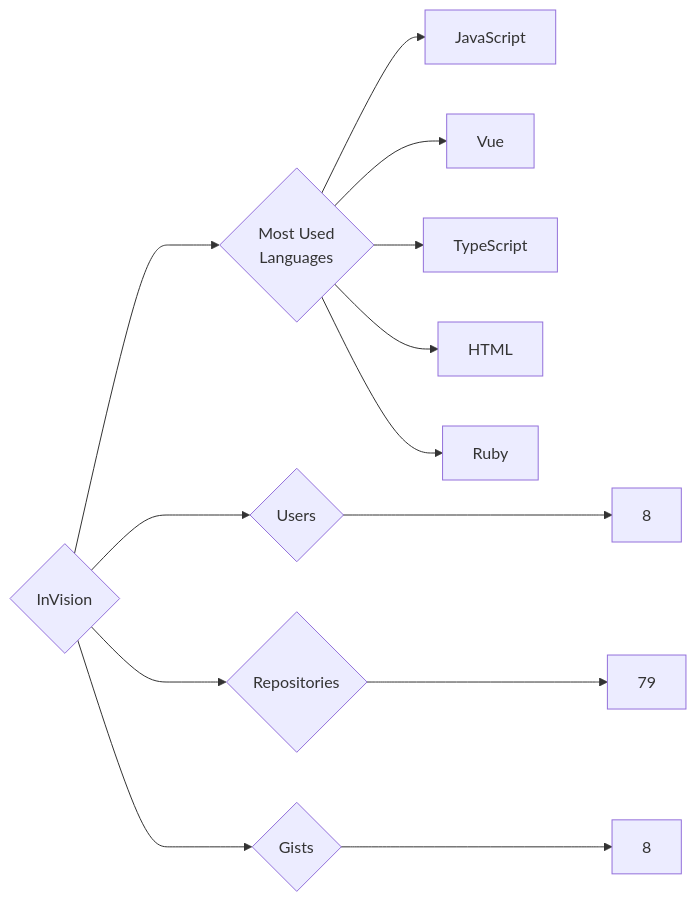
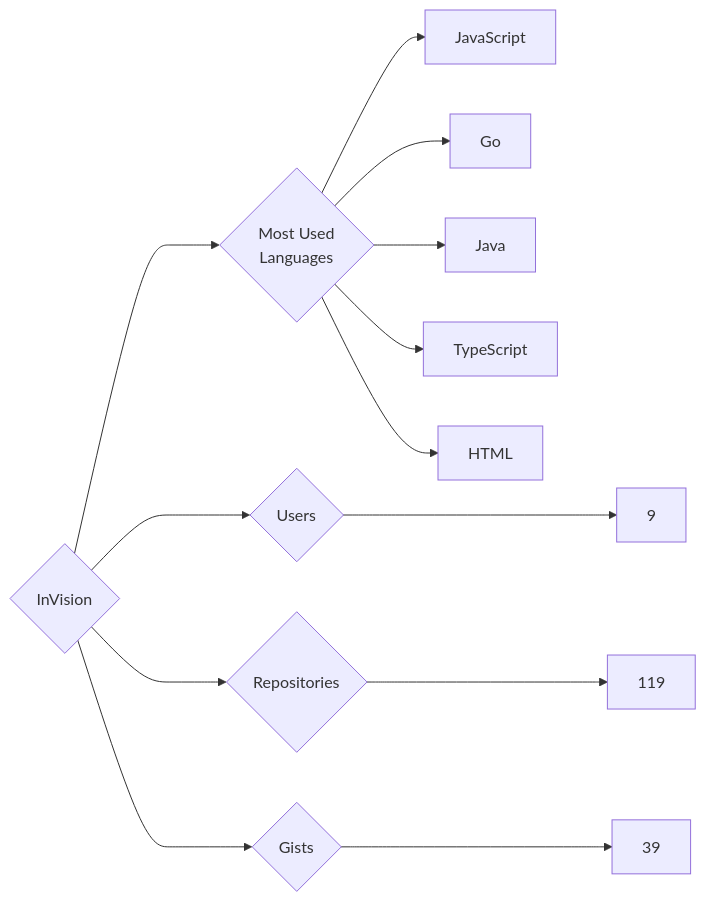
The diagram in targets/InVision/README.md (trickest/insiders), drawn with Mermaid before and after one commit. The commit also changed 757 other files, not shown here.

````diff
--- a/targets/InVision/README.md
+++ b/targets/InVision/README.md
@@ -3,13 +3,13 @@
 ```mermaid
 graph LR
 COMPANY_NAME{InVision}
-COMPANY_NAME ---> U{Users} ---> UN[8]
-COMPANY_NAME ---> R{Repositories} ---> RN[79]
-COMPANY_NAME ---> G{Gists} ---> GN[8]
+COMPANY_NAME ---> U{Users} ---> UN[9]
+COMPANY_NAME ---> R{Repositories} ---> RN[119]
+COMPANY_NAME ---> G{Gists} ---> GN[39]
 COMPANY_NAME ---> ML{Most Used<br>Languages}
 ML --> JavaScript[JavaScript]
-ML --> Vue[Vue]
+ML --> Go[Go]
+ML --> Java[Java]
 ML --> TypeScript[TypeScript]
 ML --> HTML[HTML]
-ML --> Ruby[Ruby]
 ```
````
